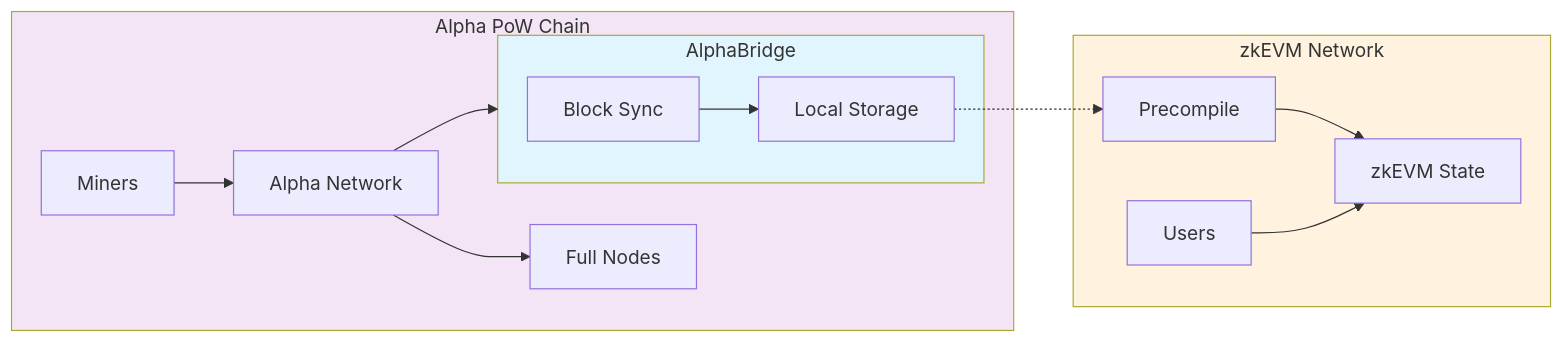
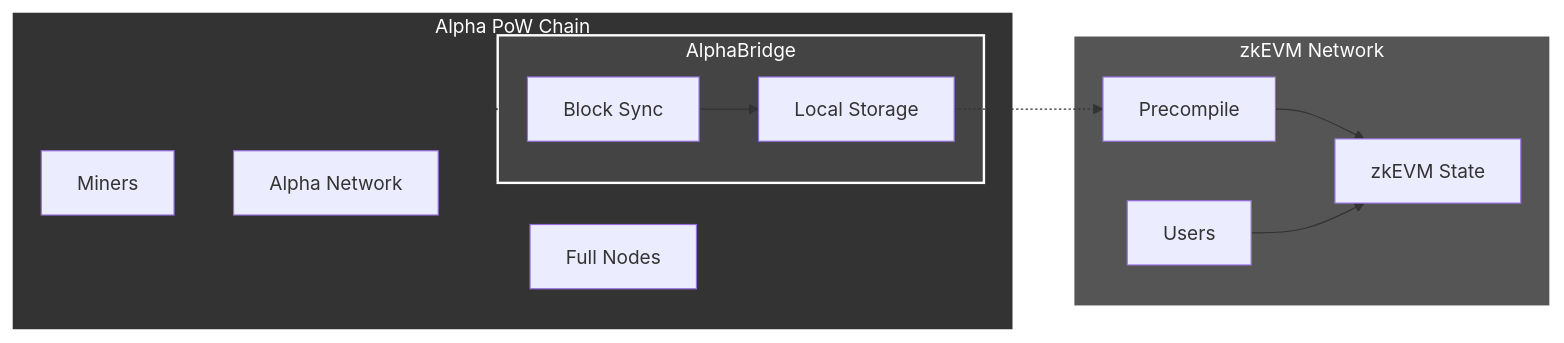
Before and after one commit to unicitynetwork/unicity-prism: the first of 4 diagrams in crates/alphabridge/README.md, drawn with Mermaid. The commit also changed other lines of this file, not shown here.

Commit message:
doc(alphabridge): improve colors of mermaid

````diff
--- a/crates/alphabridge/README.md
+++ b/crates/alphabridge/README.md
@@ -53,22 +53,22 @@
 ```mermaid
 graph LR
     subgraph AlphaChain[Alpha PoW Chain]
         Miner[Miners] --> Network[Alpha Network]
         Network --> Nodes[Full Nodes]
         Network --> Bridge[AlphaBridge Node]
     end
 
     subgraph Bridge[AlphaBridge]
         Sync[Block Sync] --> Storage[Local Storage]
     end
 
     subgraph zkEVM[zkEVM Network]
         Precompile[Precompile] --> State[zkEVM State]
         Users[Users] --> State
     end
 
     Storage -.-> Precompile
-    style AlphaChain fill: #f3e5f5
-    style Bridge fill: #e1f5fe
-    style zkEVM fill: #fff3e0
+    style AlphaChain fill: #333333,stroke:#ffffff,stroke-width:2px,color:#ffffff
+    style Bridge fill: #444444,stroke:#ffffff,stroke-width:2px,color:#ffffff
+    style zkEVM fill: #555555,stroke:#ffffff,stroke-width:2px,color:#ffffff
 ```
````
